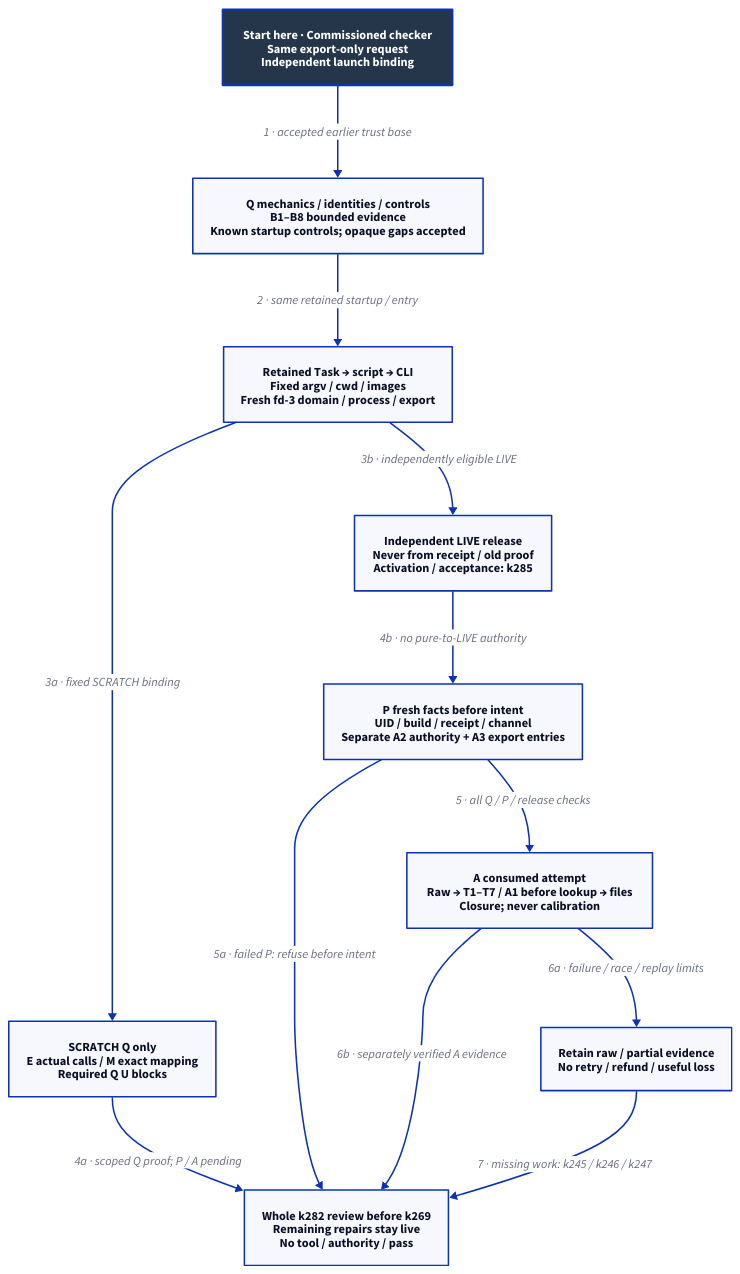
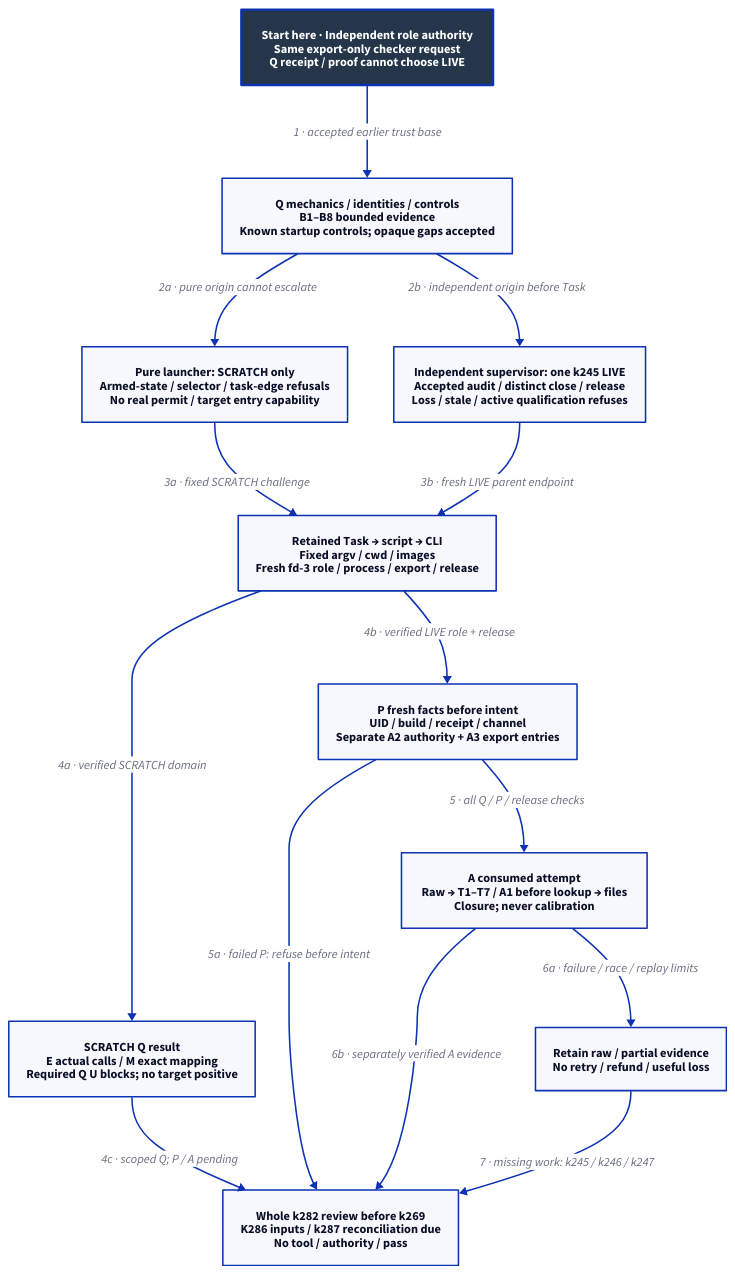
Before and after one commit to Linkuistics/Koine: the diagram in docs/design/architecture/native-reference-packaging.d2, drawn with D2. The commit also changed 29 other files, not shown here.

Commit message:
Define independent LIVE release and chartered acceptance (reference-evidence-live-acceptance-k285)

```diff
--- a/docs/design/architecture/native-reference-packaging.d2
+++ b/docs/design/architecture/native-reference-packaging.d2
@@ -1,25 +1,28 @@
 # Proposed staged credit; no artifact, release or operation is qualified.
 direction: down
 classes: {
   start: {style: {fill: "#25364B"; font-color: "#FFFFFF"; bold: true; stroke-width: 3}}
 }
-Start: "Start here · Commissioned checker\nSame export-only request\nIndependent launch binding" {class: start}
+Start: "Start here · Independent role authority\nSame export-only checker request\nQ receipt / proof cannot choose LIVE" {class: start}
 Ready: "Q mechanics / identities / controls\nB1–B8 bounded evidence\nKnown startup controls; opaque gaps accepted"
-Task: "Retained Task → script → CLI\nFixed argv / cwd / images\nFresh fd-3 domain / process / export"
-Scratch: "SCRATCH Q only\nE actual calls / M exact mapping\nRequired Q U blocks"
-Live: "Independent LIVE release\nNever from receipt / old proof\nActivation / acceptance: k285"
+Task: "Retained Task → script → CLI\nFixed argv / cwd / images\nFresh fd-3 role / process / export / release"
+Scratch: "Pure launcher: SCRATCH only\nArmed-state / selector / task-edge refusals\nNo real permit / target entry capability"
+Live: "Independent supervisor: one k245 LIVE\nAccepted audit / distinct close / release\nLoss / stale / active qualification refuses"
+Proof: "SCRATCH Q result\nE actual calls / M exact mapping\nRequired Q U blocks; no target positive"
 Preflight: "P fresh facts before intent\nUID / build / receipt / channel\nSeparate A2 authority + A3 export entries"
 Attempt: "A consumed attempt\nRaw → T1–T7 / A1 before lookup → files\nClosure; never calibration"
 Failure: "Retain raw / partial evidence\nNo retry / refund / useful loss"
-Final: "Whole k282 review before k269\nRemaining repairs stay live\nNo tool / authority / pass"
+Final: "Whole k282 review before k269\nK286 inputs / k287 reconciliation due\nNo tool / authority / pass"
 Start -> Ready: "1 · accepted earlier trust base"
-Ready -> Task: "2 · same retained startup / entry"
-Task -> Scratch: "3a · fixed SCRATCH binding"
-Task -> Live: "3b · independently eligible LIVE"
-Scratch -> Final: "4a · scoped Q proof; P / A pending"
-Live -> Preflight: "4b · no pure-to-LIVE authority"
+Ready -> Scratch: "2a · pure origin cannot escalate"
+Ready -> Live: "2b · independent origin before Task"
+Scratch -> Task: "3a · fixed SCRATCH challenge"
+Live -> Task: "3b · fresh LIVE parent endpoint"
+Task -> Proof: "4a · verified SCRATCH domain"
+Proof -> Final: "4c · scoped Q; P / A pending"
+Task -> Preflight: "4b · verified LIVE role + release"
 Preflight -> Attempt: "5 · all Q / P / release checks"
 Preflight -> Final: "5a · failed P: refuse before intent"
 Attempt -> Failure: "6a · failure / race / replay limits"
 Attempt -> Final: "6b · separately verified A evidence"
 Failure -> Final: "7 · missing work: k245 / k246 / k247"
```
